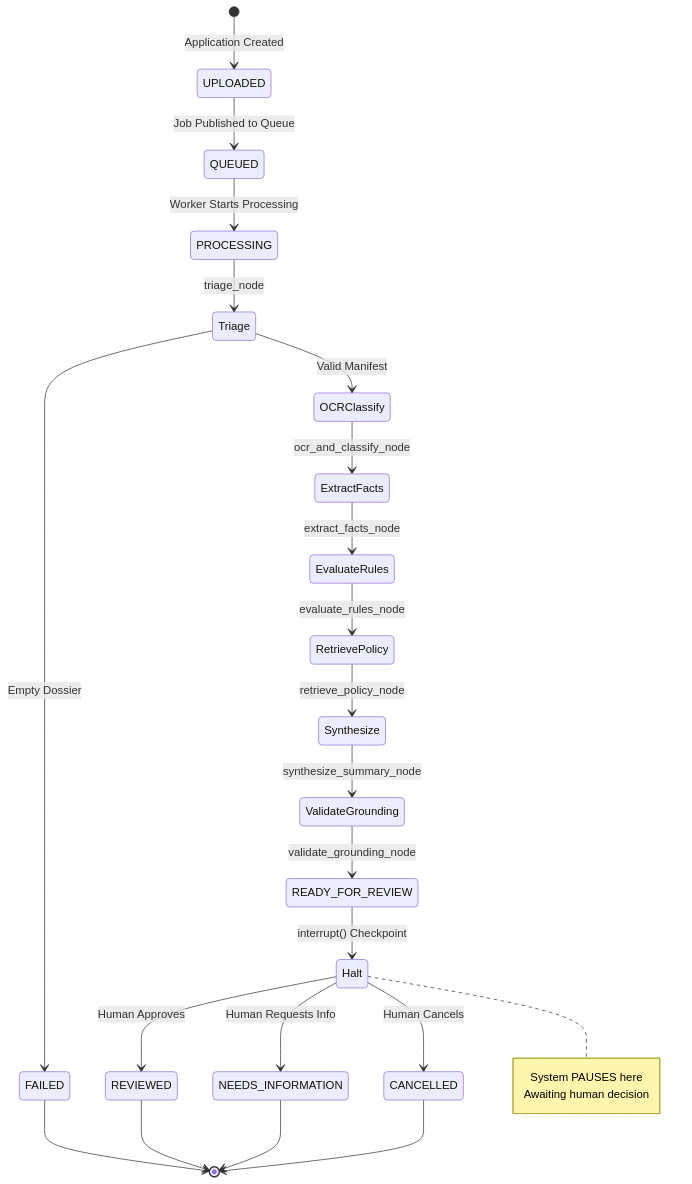
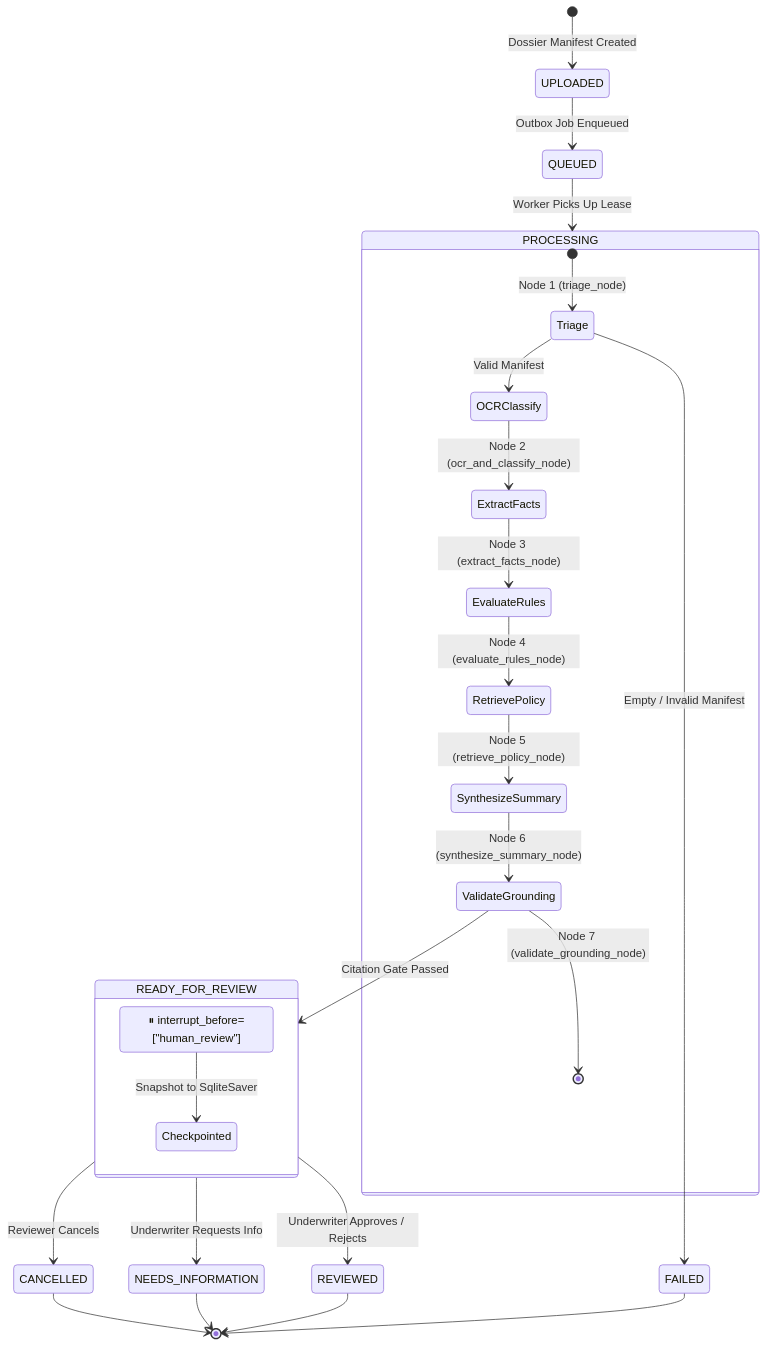
Before and after one commit to maczeo11/loan-doc-processing-agent: the first of 8 diagrams in docs/langgraph_workflow.md, drawn with Mermaid. The commit also changed other lines of this file, not shown here.

Commit message:
docs: update LangGraph workflow documentation with authoritative Mermaid diagrams

````diff
--- a/docs/langgraph_workflow.md
+++ b/docs/langgraph_workflow.md
@@ -15,41 +21,34 @@
 ```mermaid
 stateDiagram-v2
-    [*] --> UPLOADED: Application Created
-    
-    UPLOADED --> QUEUED: Job Published to Queue
-    
-    QUEUED --> PROCESSING: Worker Starts Processing
-    
-    PROCESSING --> Triage: triage_node
-    
-    Triage --> FAILED: Empty Dossier
-    Triage --> OCRClassify: Valid Manifest
-    
-    OCRClassify --> ExtractFacts: ocr_and_classify_node
-    
-    ExtractFacts --> EvaluateRules: extract_facts_node
-    
-    EvaluateRules --> RetrievePolicy: evaluate_rules_node
-    
-    RetrievePolicy --> Synthesize: retrieve_policy_node
-    
-    Synthesize --> ValidateGrounding: synthesize_summary_node
-    
-    ValidateGrounding --> READY_FOR_REVIEW: validate_grounding_node
-    
-    READY_FOR_REVIEW --> Halt: interrupt() Checkpoint
-    
-    Halt --> REVIEWED: Human Approves
-    Halt --> NEEDS_INFORMATION: Human Requests Info
-    Halt --> CANCELLED: Human Cancels
-    
+    [*] --> UPLOADED: Dossier Manifest Created
+    UPLOADED --> QUEUED: Outbox Job Enqueued
+    QUEUED --> PROCESSING: Worker Picks Up Lease
+
+    state PROCESSING {
+        [*] --> Triage: Node 1 (triage_node)
+        Triage --> OCRClassify: Valid Manifest
+        OCRClassify --> ExtractFacts: Node 2 (ocr_and_classify_node)
+        ExtractFacts --> EvaluateRules: Node 3 (extract_facts_node)
+        EvaluateRules --> RetrievePolicy: Node 4 (evaluate_rules_node)
+        RetrievePolicy --> SynthesizeSummary: Node 5 (retrieve_policy_node)
+        SynthesizeSummary --> ValidateGrounding: Node 6 (synthesize_summary_node)
+        ValidateGrounding --> [*]: Node 7 (validate_grounding_node)
+    }
+
+    Triage --> FAILED: Empty / Invalid Manifest
+    ValidateGrounding --> READY_FOR_REVIEW: Citation Gate Passed
+
+    state READY_FOR_REVIEW {
+        Paused: ⏸ interrupt_before=["human_review"]
+        Paused --> Checkpointed: Snapshot to SqliteSaver
+    }
+
+    READY_FOR_REVIEW --> REVIEWED: Underwriter Approves / Rejects
+    READY_FOR_REVIEW --> NEEDS_INFORMATION: Underwriter Requests Info
+    READY_FOR_REVIEW --> CANCELLED: Reviewer Cancels
+
     FAILED --> [*]
     REVIEWED --> [*]
     NEEDS_INFORMATION --> [*]
     CANCELLED --> [*]
-    
-    note right of Halt
-        System PAUSES here
-        Awaiting human decision
-    end note
 ```
````
